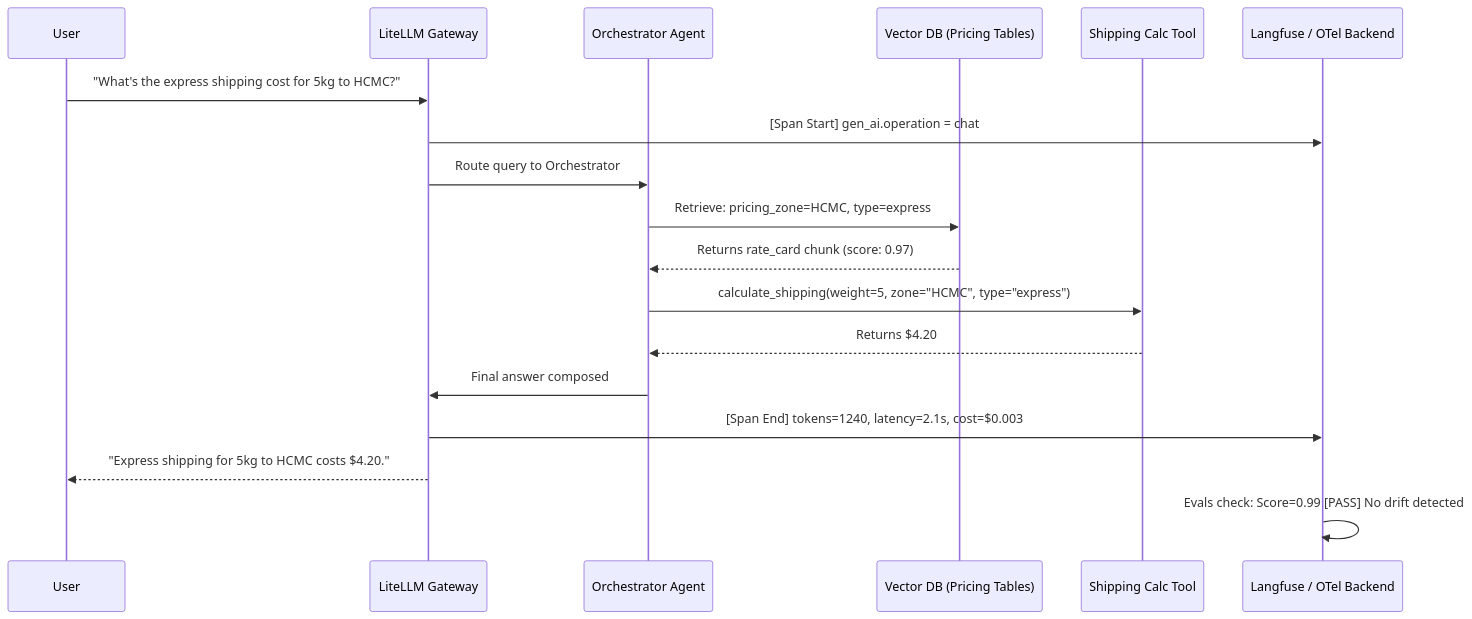
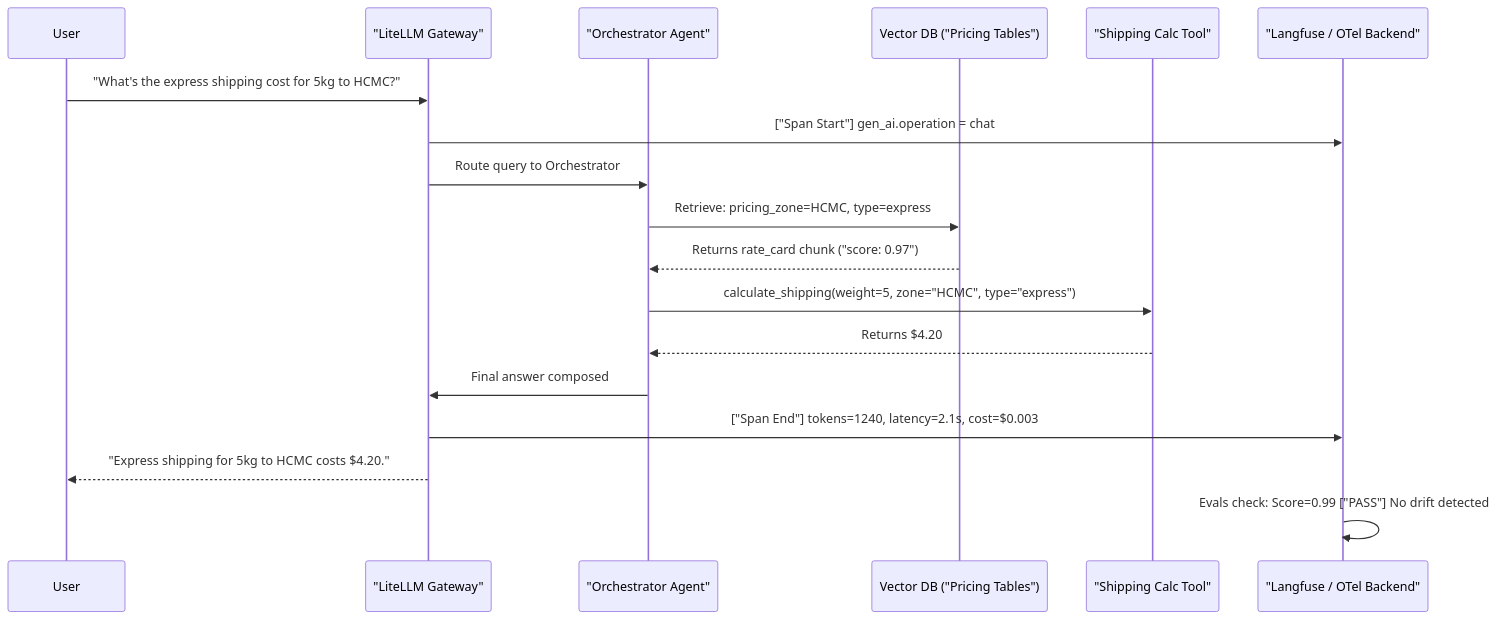
Before and after one commit to vesviet/vesviet: the third of 3 diagrams in content/series/ai-driven-playbook/part-6-ai-observability-governance.md, drawn with Mermaid. The commit also changed other lines of this file and 331 other files, not shown here.

````diff
--- a/content/series/ai-driven-playbook/part-6-ai-observability-governance.md
+++ b/content/series/ai-driven-playbook/part-6-ai-observability-governance.md
@@ -198,21 +200,21 @@
 ```mermaid
 sequenceDiagram
     participant User
-    participant Gateway as LiteLLM Gateway
-    participant Agent as Orchestrator Agent
-    participant RAG as Vector DB (Pricing Tables)
-    participant Tool as Shipping Calc Tool
-    participant OTel as Langfuse / OTel Backend
+    participant Gateway as "LiteLLM Gateway"
+    participant Agent as "Orchestrator Agent"
+    participant RAG as Vector DB ("Pricing Tables")
+    participant Tool as "Shipping Calc Tool"
+    participant OTel as "Langfuse / OTel Backend"
 
     User->>Gateway: "What's the express shipping cost for 5kg to HCMC?"
-    Gateway->>OTel: [Span Start] gen_ai.operation = chat
+    Gateway->>OTel: ["Span Start"] gen_ai.operation = chat
     Gateway->>Agent: Route query to Orchestrator
     Agent->>RAG: Retrieve: pricing_zone=HCMC, type=express
-    RAG-->>Agent: Returns rate_card chunk (score: 0.97)
+    RAG-->>Agent: Returns rate_card chunk ("score: 0.97")
     Agent->>Tool: calculate_shipping(weight=5, zone="HCMC", type="express")
     Tool-->>Agent: Returns $4.20
     Agent->>Gateway: Final answer composed
-    Gateway->>OTel: [Span End] tokens=1240, latency=2.1s, cost=$0.003
+    Gateway->>OTel: ["Span End"] tokens=1240, latency=2.1s, cost=$0.003
     Gateway-->>User: "Express shipping for 5kg to HCMC costs $4.20."
-    OTel->>OTel: Evals check: Score=0.99 [PASS] No drift detected
+    OTel->>OTel: Evals check: Score=0.99 ["PASS"] No drift detected
 ```
````
